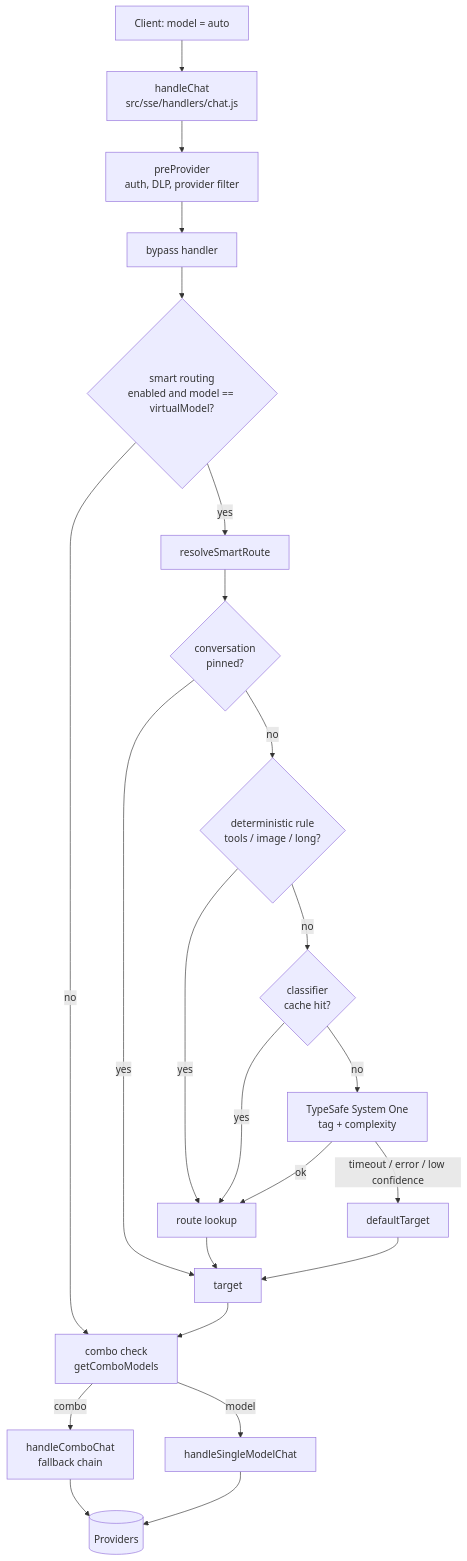
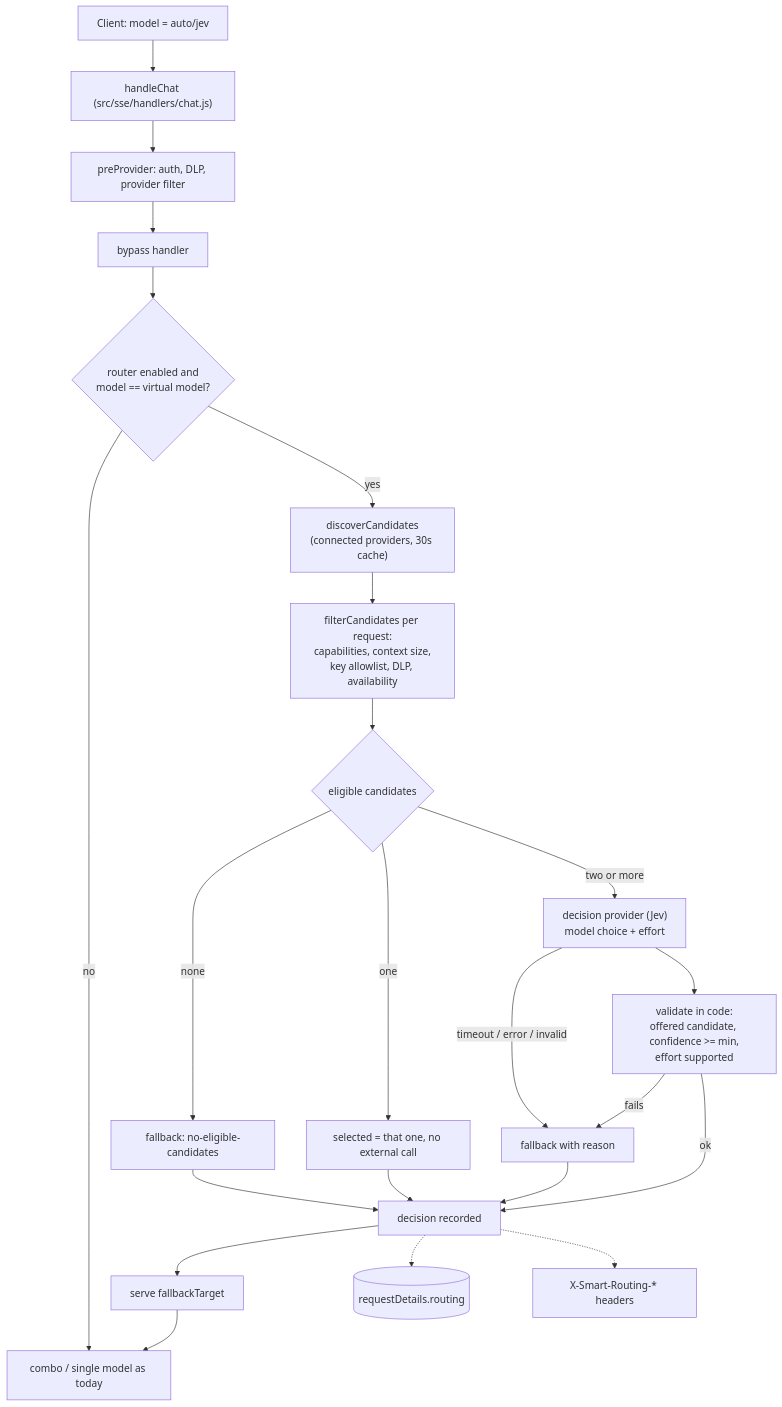
Before and after one commit to finhay/llm-gateway: the diagram in docs/SMART_ROUTING_PLAN.md, drawn with Mermaid. The commit also changed other lines of this file and 3 other files, not shown here.

````diff
--- a/docs/SMART_ROUTING_PLAN.md
+++ b/docs/SMART_ROUTING_PLAN.md
@@ -114,25 +28,25 @@
 ```mermaid
 flowchart TD
-    C[Client: model = auto] --> H[handleChat<br/>src/sse/handlers/chat.js]
-    H --> P[preProvider<br/>auth, DLP, provider filter]
+    C["Client: model = auto/jev"] --> H["handleChat (src/sse/handlers/chat.js)"]
+    H --> P["preProvider: auth, DLP, provider filter"]
     P --> B[bypass handler]
-    B --> S{smart routing<br/>enabled and model == virtualModel?}
-    S -- no --> K
-    S -- yes --> R[resolveSmartRoute]
-    R --> PIN{conversation<br/>pinned?}
-    PIN -- yes --> T[target]
-    PIN -- no --> RU{deterministic rule<br/>tools / image / long?}
-    RU -- yes --> LK[route lookup]
-    RU -- no --> CA{classifier<br/>cache hit?}
-    CA -- yes --> LK
-    CA -- no --> TS[TypeSafe System One<br/>tag + complexity]
-    TS -- timeout / error / low confidence --> D[defaultTarget]
-    TS -- ok --> LK
-    LK --> T
-    D --> T
-    T --> K[combo check<br/>getComboModels]
-    K -- combo --> CC[handleComboChat<br/>fallback chain]
-    K -- model --> SM[handleSingleModelChat]
-    CC --> PR[(Providers)]
-    SM --> PR
+    B --> S{"router enabled and<br/>model == virtual model?"}
+    S -- no --> K[combo / single model as today]
+    S -- yes --> D1["discoverCandidates<br/>(connected providers, 30s cache)"]
+    D1 --> F["filterCandidates per request:<br/>capabilities, context size,<br/>key allowlist, DLP, availability"]
+    F --> Q{"eligible candidates"}
+    Q -- none --> FB["fallback: no-eligible-candidates"]
+    Q -- one --> ONE["selected = that one, no external call"]
+    Q -- two or more --> J["decision provider (Jev)<br/>model choice + effort"]
+    J -- timeout / error / invalid --> FB2["fallback with reason"]
+    J --> V["validate in code:<br/>offered candidate, confidence >= min,<br/>effort supported"]
+    V -- fails --> FB2
+    V -- ok --> REC
+    ONE --> REC
+    FB --> REC
+    FB2 --> REC
+    REC["decision recorded"] --> X["serve fallbackTarget"]
+    X --> K
+    REC -.-> RD[("requestDetails.routing")]
+    REC -.-> HDR["X-Smart-Routing-* headers"]
 ```
````
